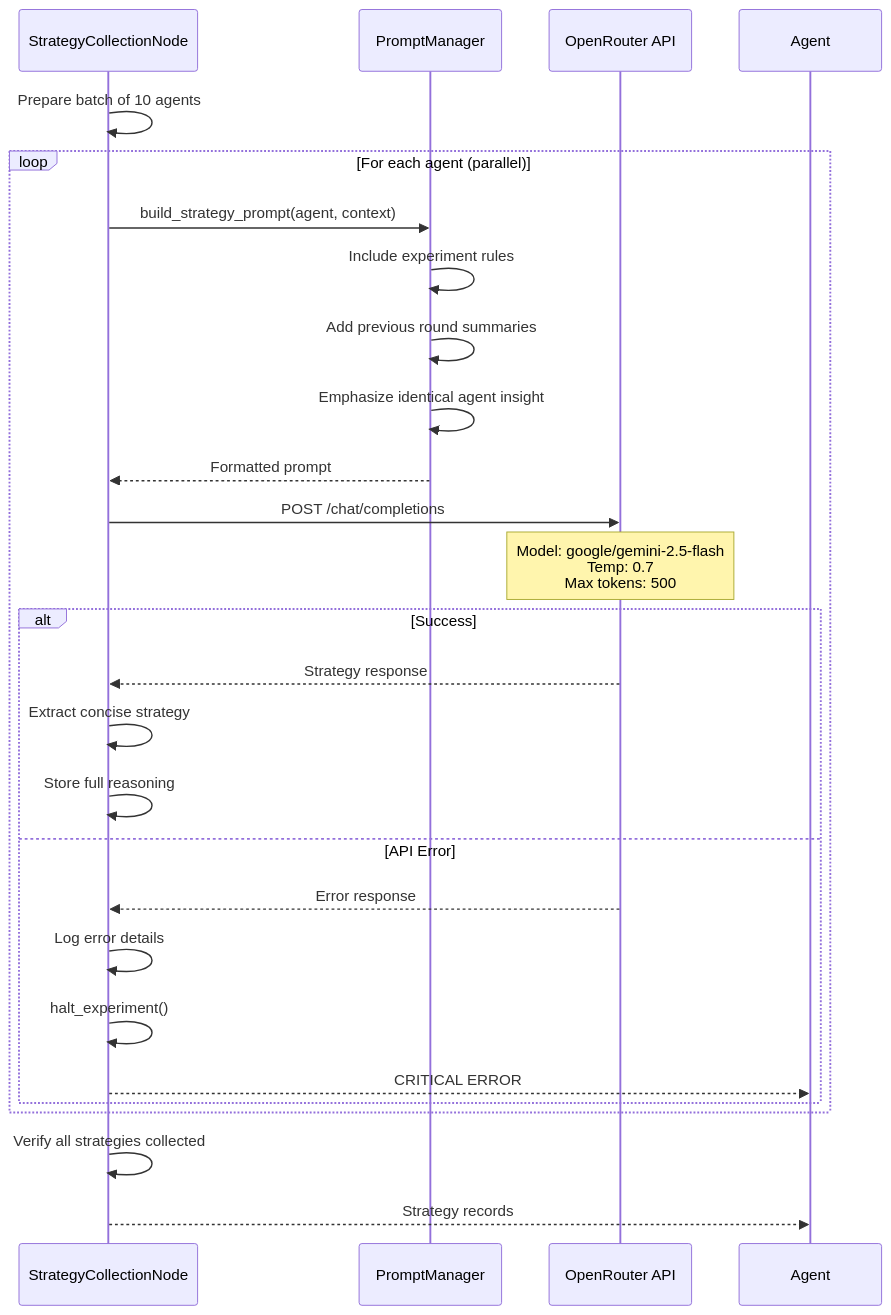
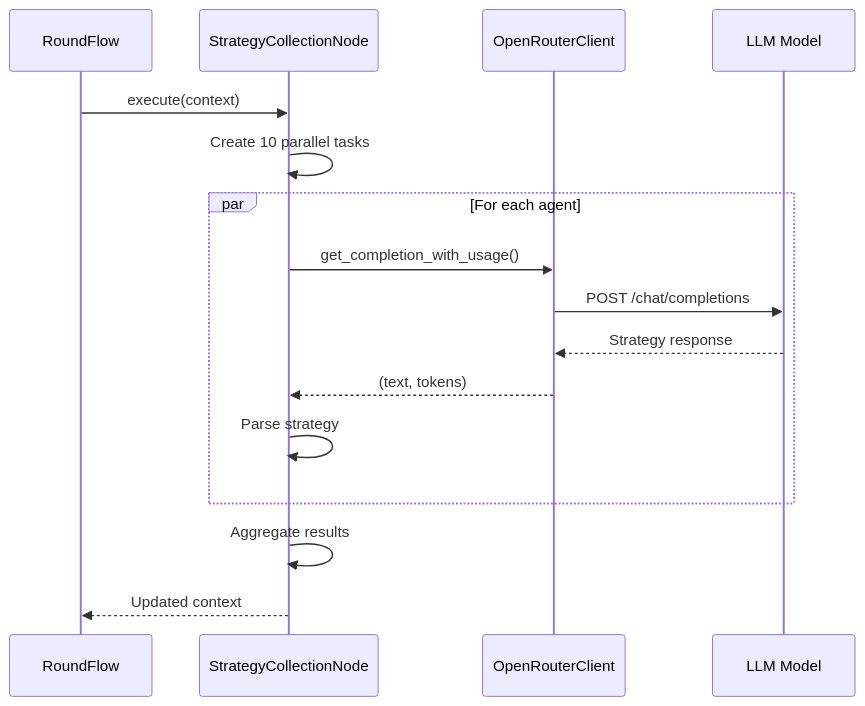
Before and after one commit to LucaDeLeo/superrationality: the third of 8 diagrams in docs/architecture.md, drawn with Mermaid. The commit also changed other lines of this file, not shown here.

First line of the commit message:
Update architecture documentation to reflect simplified codebase

````diff
--- a/docs/architecture.md
+++ b/docs/architecture.md
@@ -787,34 +440,19 @@
 ```mermaid
 sequenceDiagram
+    participant RF as RoundFlow
     participant SC as StrategyCollectionNode
-    participant PM as PromptManager
-    participant API as OpenRouter API
-    participant Agent
-
-    SC->>SC: Prepare batch of 10 agents
-
-    loop For each agent (parallel)
-        SC->>PM: build_strategy_prompt(agent, context)
-        PM->>PM: Include experiment rules
-        PM->>PM: Add previous round summaries
-        PM->>PM: Emphasize identical agent insight
-        PM-->>SC: Formatted prompt
-
-        SC->>API: POST /chat/completions
-        Note over API: Model: google/gemini-2.5-flash<br/>Temp: 0.7<br/>Max tokens: 500
-
-        alt Success
-            API-->>SC: Strategy response
-            SC->>SC: Extract concise strategy
-            SC->>SC: Store full reasoning
-        else API Error
-            API-->>SC: Error response
-            SC->>SC: Log error details
-            SC->>SC: halt_experiment()
-            SC-->>Agent: CRITICAL ERROR
-        end
+    participant API as OpenRouterClient
+    participant LLM as LLM Model
+    
+    RF->>SC: execute(context)
+    SC->>SC: Create 10 parallel tasks
+    par For each agent
+        SC->>API: get_completion_with_usage()
+        API->>LLM: POST /chat/completions
+        LLM-->>API: Strategy response
+        API-->>SC: (text, tokens)
+        SC->>SC: Parse strategy
     end
-
-    SC->>SC: Verify all strategies collected
-    SC-->>Agent: Strategy records
+    SC->>SC: Aggregate results
+    SC-->>RF: Updated context
 ```
````
